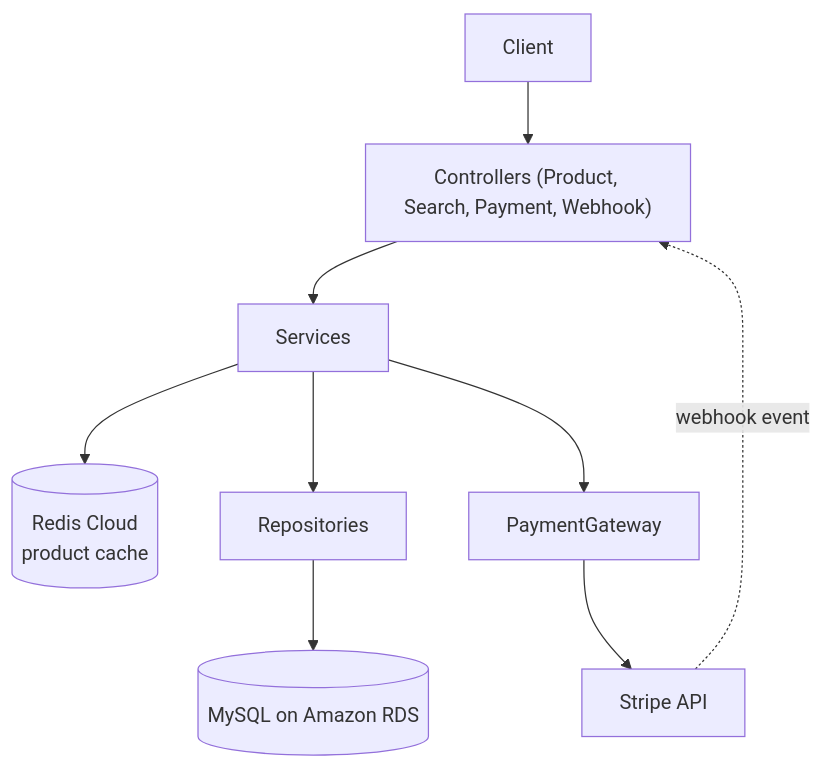
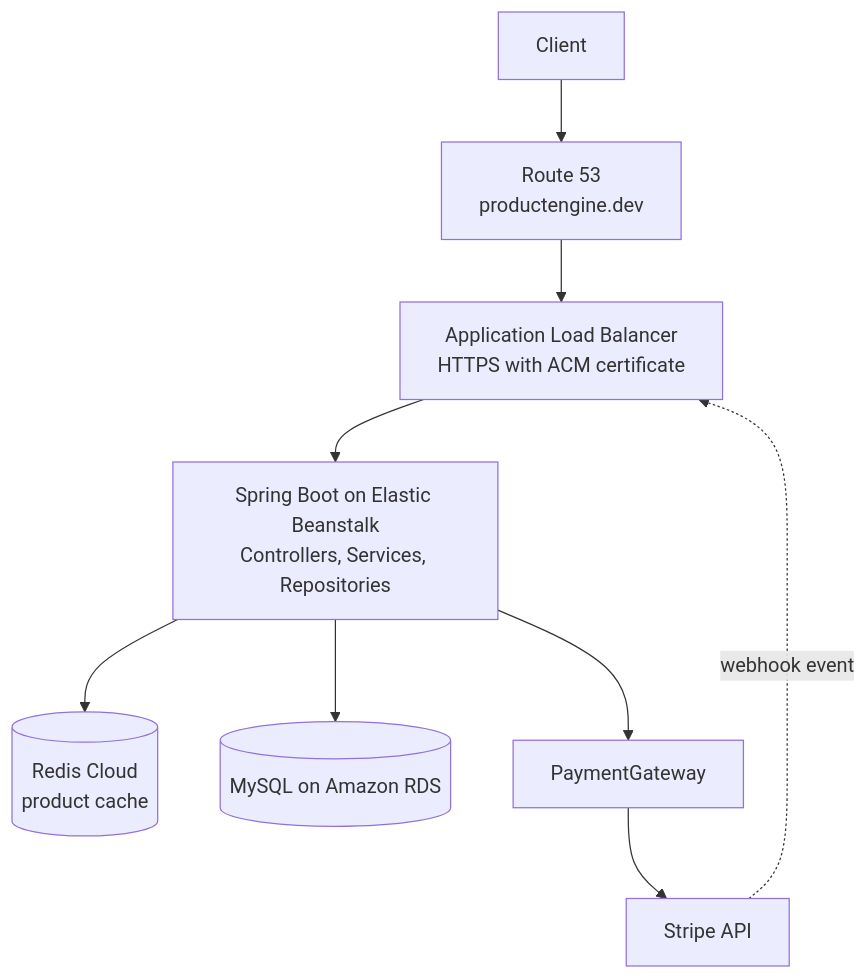
Before and after one commit to DUSHINTHAN/ProductService: the first of 3 diagrams in README.md, drawn with Mermaid. The commit also changed other lines of this file, not shown here.

````diff
--- a/README.md
+++ b/README.md
@@ -23,11 +64,11 @@
 ```mermaid
 flowchart TD
-    C[Client] --> CT["Controllers (Product, Search, Payment, Webhook)"]
-    CT --> S[Services]
-    S --> R[("Redis Cloud<br/>product cache")]
-    S --> REPO[Repositories]
-    REPO --> DB[("MySQL on Amazon RDS")]
-    S --> PG[PaymentGateway]
+    C[Client] --> DNS["Route 53<br/>productengine.dev"]
+    DNS --> ALB["Application Load Balancer<br/>HTTPS with ACM certificate"]
+    ALB --> APP["Spring Boot on Elastic Beanstalk<br/>Controllers, Services, Repositories"]
+    APP --> R[("Redis Cloud<br/>product cache")]
+    APP --> DB[("MySQL on Amazon RDS")]
+    APP --> PG[PaymentGateway]
     PG --> ST[Stripe API]
-    ST -. webhook event .-> CT
+    ST -. webhook event .-> ALB
 ```
````
